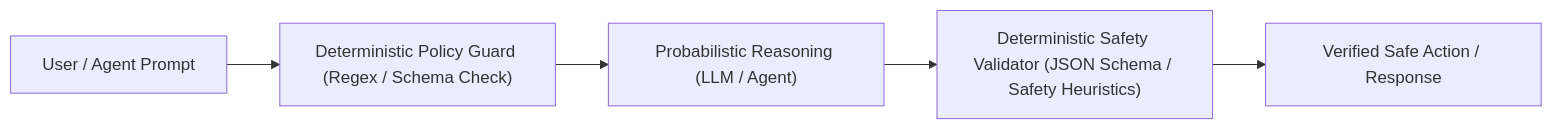
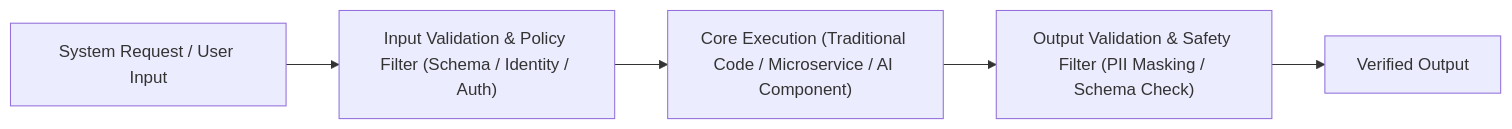
Before and after one commit to avfranco-br/portfolio: the second of 2 diagrams in docs/sop/03-govern-formalise.md, drawn with Mermaid. The commit also changed other lines of this file and 8 other files, not shown here.

````diff
--- a/docs/sop/03-govern-formalise.md
+++ b/docs/sop/03-govern-formalise.md
@@ -86,7 +81,7 @@
 ```mermaid
 graph LR
-    Input["User / Agent Prompt"] --> DeterministicInput["Deterministic Policy Guard (Regex / Schema Check)"]
-    DeterministicInput --> LLM["Probabilistic Reasoning (LLM / Agent)"]
-    LLM --> DeterministicOutput["Deterministic Safety Validator (JSON Schema / Safety Heuristics)"]
-    DeterministicOutput --> Output["Verified Safe Action / Response"]
+    Input["System Request / User Input"] --> InputGuard["Input Validation & Policy Filter (Schema / Identity / Auth)"]
+    InputGuard --> CoreLogic["Core Execution (Traditional Code / Microservice / AI Component)"]
+    CoreLogic --> OutputGuard["Output Validation & Safety Filter (PII Masking / Schema Check)"]
+    OutputGuard --> Response["Verified Output"]
 ```
````
